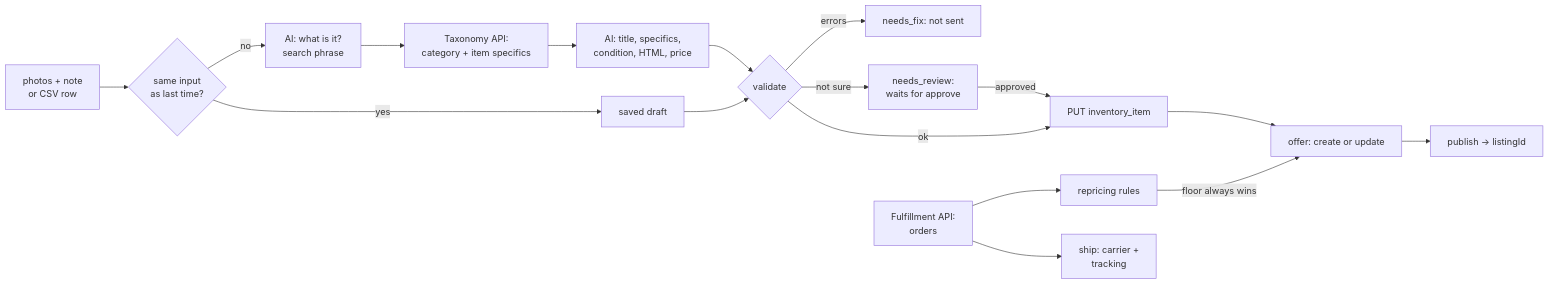
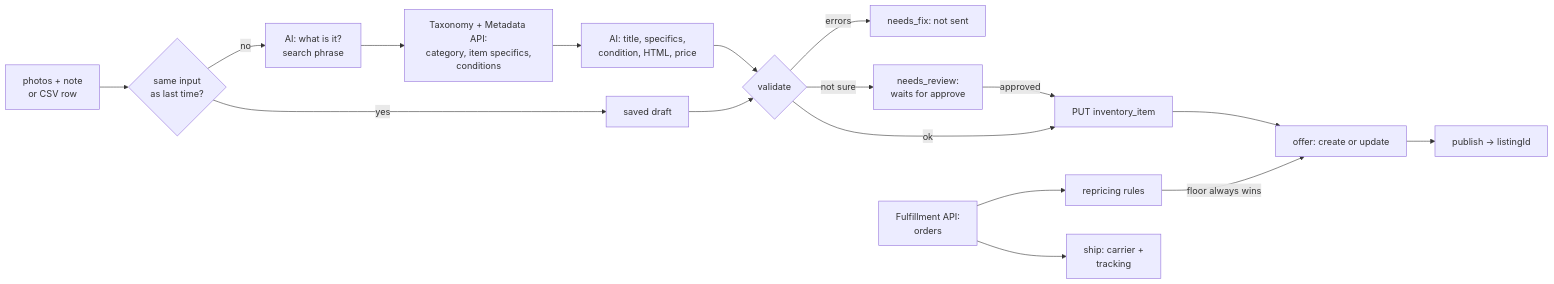
One commit to ParishSynthMind/ebay-ai-listing-agent changed the diagram in README.md. Above: the diagram before and after it, drawn with Mermaid. The commit also changed other lines of this file and 19 other files, not shown here.

First line of the commit message:
Live eBay sandbox test: per-category conditions, real category ids, Fulfillment on api host

````diff
--- a/README.md
+++ b/README.md
@@ -35,19 +35,19 @@
 ```mermaid
 flowchart LR
     R[photos + note<br/>or CSV row] --> H{same input<br/>as last time?}
     H -->|yes| S[saved draft]
     H -->|no| I[AI: what is it?<br/>search phrase]
-    I --> T[Taxonomy API:<br/>category + item specifics]
+    I --> T[Taxonomy + Metadata API:<br/>category, item specifics,<br/>conditions]
     T --> D[AI: title, specifics,<br/>condition, HTML, price]
     D --> V{validate}
     S --> V
     V -->|errors| X[needs_fix: not sent]
     V -->|not sure| RV[needs_review:<br/>waits for approve]
     RV -->|approved| P
     V -->|ok| P[PUT inventory_item]
     P --> O[offer: create or update]
     O --> L[publish -> listingId]
     F[Fulfillment API:<br/>orders] --> RP[repricing rules]
     RP -->|floor always wins| O
     F --> SH[ship: carrier +<br/>tracking]
 ```
````
